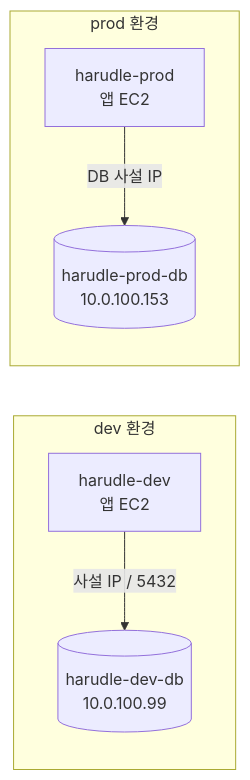
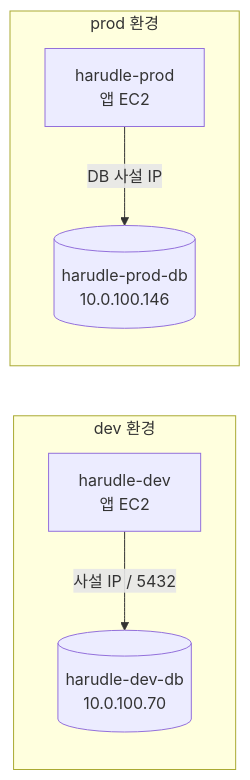
The second of 2 diagrams in AGENTS.md (woowacourse-teams/2026-Harudle), drawn with Mermaid before and after one commit. The commit also changed other lines of this file and 3 other files, not shown here.

````diff
--- a/AGENTS.md
+++ b/AGENTS.md
@@ -144,9 +147,9 @@
 ```mermaid
 flowchart LR
     subgraph dev["dev 환경"]
-        devBackend["harudle-dev<br/>앱 EC2"] -->|"사설 IP / 5432"| devDb[("harudle-dev-db<br/>10.0.100.99")]
+        devBackend["harudle-dev<br/>앱 EC2"] -->|"사설 IP / 5432"| devDb[("harudle-dev-db<br/>10.0.100.70")]
     end
     subgraph prod["prod 환경"]
-        prodBackend["harudle-prod<br/>앱 EC2"] -->|"DB 사설 IP"| prodDb[("harudle-prod-db<br/>10.0.100.153")]
+        prodBackend["harudle-prod<br/>앱 EC2"] -->|"DB 사설 IP"| prodDb[("harudle-prod-db<br/>10.0.100.146")]
     end
 ```
````
